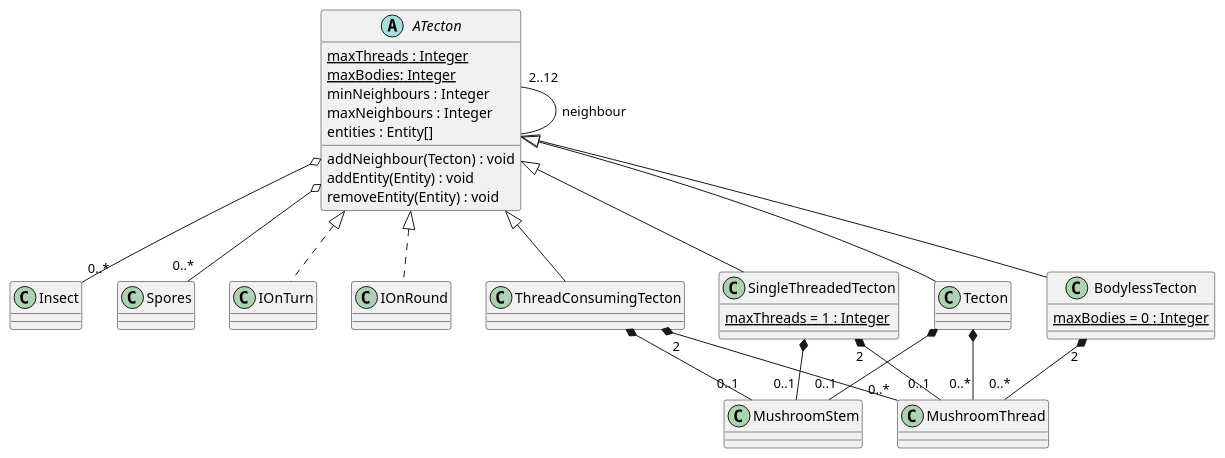
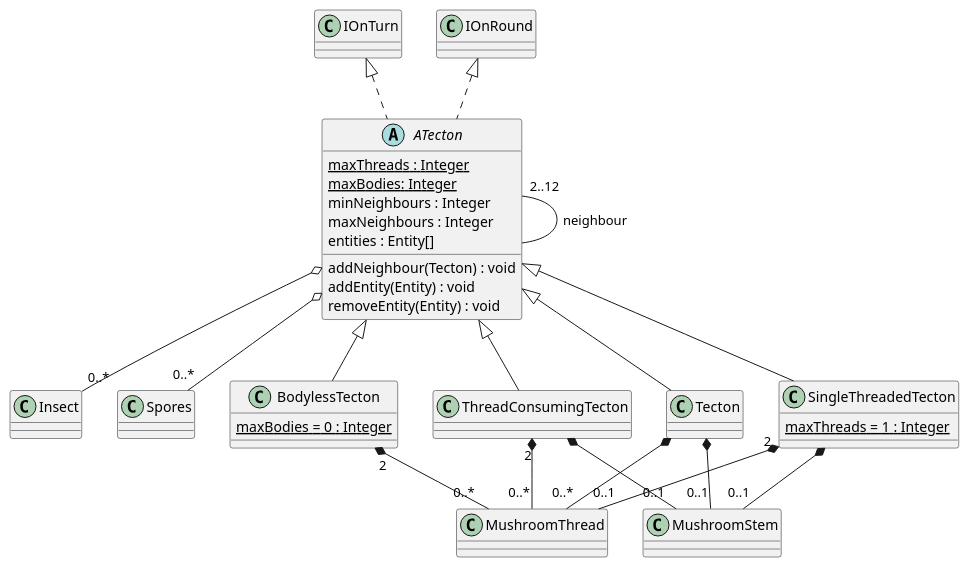
The diagram in 3/classes/tecton.puml (Petya-G/fungorium), drawn with PlantUML before and after one commit. The commit also changed 4 other files, not shown here.

```diff
--- a/3/classes/tecton.puml
+++ b/3/classes/tecton.puml
@@ -1,44 +1,44 @@
 @startuml tecton
   ATecton "2..12" -- ATecton : neighbour
   ATecton o-- "0..*" Insect
   ATecton o-- "0..*" Spores
-  ATecton <|.. IOnTurn
-  ATecton <|.. IOnRound
+  IOnTurn<|.. ATecton 
+  IOnRound <|.. ATecton 
   abstract class ATecton {
     {static} maxThreads : Integer
     {static} maxBodies: Integer
     minNeighbours : Integer
     maxNeighbours : Integer
     entities : Entity[]
 
     addNeighbour(Tecton) : void
     addEntity(Entity) : void
     removeEntity(Entity) : void
   }
 
   Tecton *-- "0..1" MushroomStem 
   Tecton *-- "0..*" MushroomThread
   ATecton <|-- Tecton
   class Tecton {
   }
 
   SingleThreadedTecton *-- "0..1" MushroomStem
   SingleThreadedTecton "2" *-- "0..1" MushroomThread
   ATecton <|-- SingleThreadedTecton
   class SingleThreadedTecton {
     {static} maxThreads = 1 : Integer
   }
 
 
   BodylessTecton "2" *-- "0..*" MushroomThread
   ATecton <|-- BodylessTecton
   class BodylessTecton {
     {static} maxBodies = 0 : Integer
   }
 
   ThreadConsumingTecton *-- "0..1" MushroomStem
   ThreadConsumingTecton "2" *-- "0..*" MushroomThread
   ATecton <|-- ThreadConsumingTecton
   class ThreadConsumingTecton {
   }
 @enduml
```
